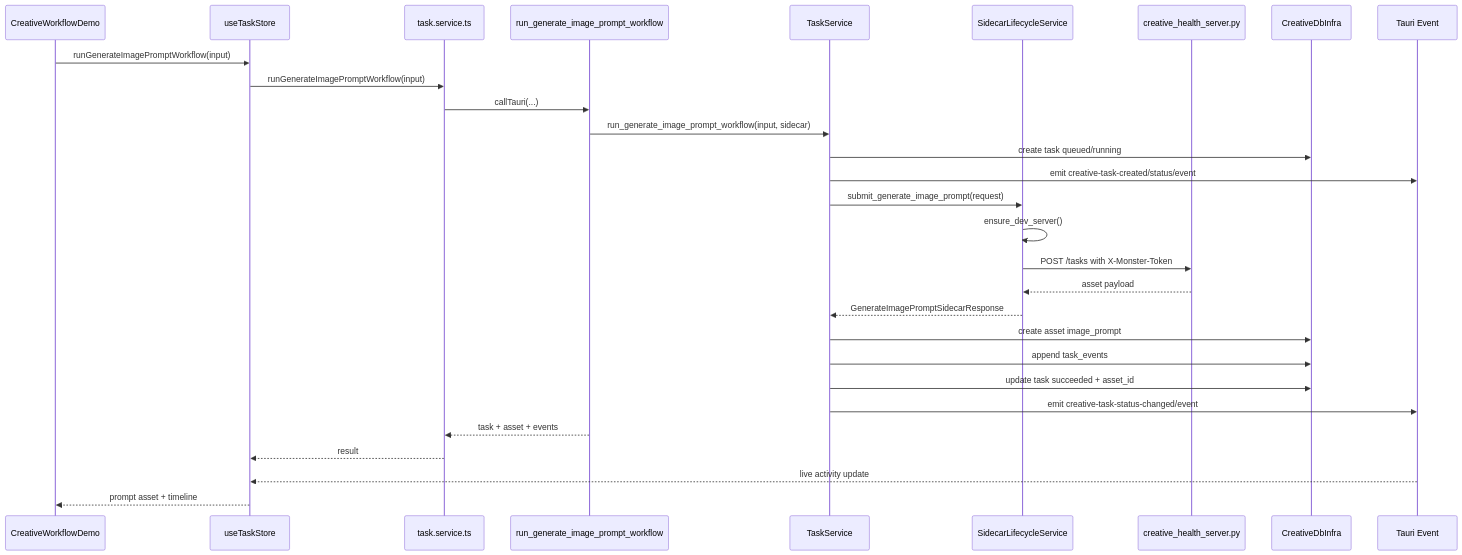
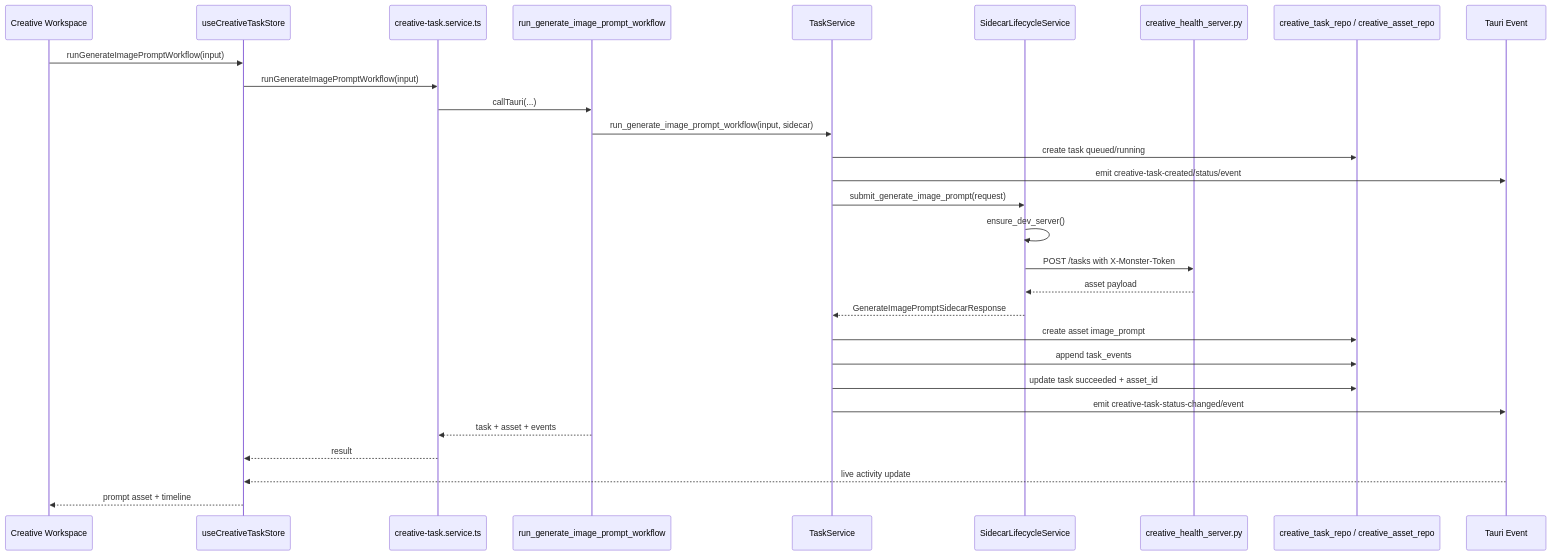
Before and after one commit to MonsterXiong/monster-workbench: the seventh of 11 diagrams in docs/architecture-current-state.md, drawn with Mermaid. The commit also changed other lines of this file and 1 other file, not shown here.

````diff
--- a/docs/architecture-current-state.md
+++ b/docs/architecture-current-state.md
@@ -771,32 +787,32 @@
 ```mermaid
 sequenceDiagram
-  participant UI as CreativeWorkflowDemo
-  participant Store as useTaskStore
-  participant Service as task.service.ts
+  participant UI as Creative Workspace
+  participant Store as useCreativeTaskStore
+  participant Service as creative-task.service.ts
   participant Command as run_generate_image_prompt_workflow
   participant TaskSvc as TaskService
   participant Sidecar as SidecarLifecycleService
   participant Py as creative_health_server.py
-  participant DB as CreativeDbInfra
+  participant Repo as creative_task_repo / creative_asset_repo
   participant Event as Tauri Event
 
   UI->>Store: runGenerateImagePromptWorkflow(input)
   Store->>Service: runGenerateImagePromptWorkflow(input)
   Service->>Command: callTauri(...)
   Command->>TaskSvc: run_generate_image_prompt_workflow(input, sidecar)
-  TaskSvc->>DB: create task queued/running
+  TaskSvc->>Repo: create task queued/running
   TaskSvc->>Event: emit creative-task-created/status/event
   TaskSvc->>Sidecar: submit_generate_image_prompt(request)
   Sidecar->>Sidecar: ensure_dev_server()
   Sidecar->>Py: POST /tasks with X-Monster-Token
   Py-->>Sidecar: asset payload
   Sidecar-->>TaskSvc: GenerateImagePromptSidecarResponse
-  TaskSvc->>DB: create asset image_prompt
-  TaskSvc->>DB: append task_events
-  TaskSvc->>DB: update task succeeded + asset_id
+  TaskSvc->>Repo: create asset image_prompt
+  TaskSvc->>Repo: append task_events
+  TaskSvc->>Repo: update task succeeded + asset_id
   TaskSvc->>Event: emit creative-task-status-changed/event
   Command-->>Service: task + asset + events
   Service-->>Store: result
   Event-->>Store: live activity update
   Store-->>UI: prompt asset + timeline
 ```
````
